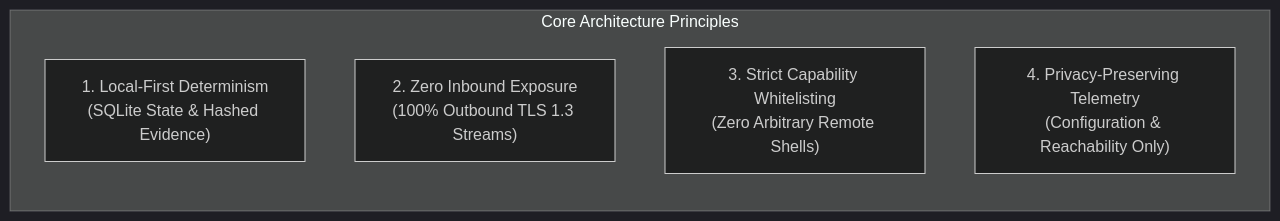
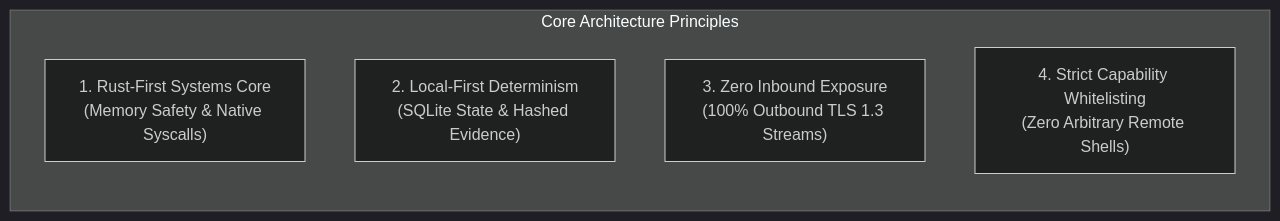
The first of 10 diagrams in docs/ARCHITECTURE.md (Subhadip-Paul2006/NETRA-Backend), drawn with Mermaid (dark theme) before and after one commit. The commit also changed other lines of this file and 13 other files, not shown here.

Commit message:
docs: finalize Rust-first systems architecture lock across all 16 specifications

````diff
--- a/docs/ARCHITECTURE.md
+++ b/docs/ARCHITECTURE.md
@@ -36,9 +37,9 @@
 ```mermaid
 flowchart LR
     subgraph Principles["Core Architecture Principles"]
-        P1["1. Local-First Determinism<br/>(SQLite State & Hashed Evidence)"]
-        P2["2. Zero Inbound Exposure<br/>(100% Outbound TLS 1.3 Streams)"]
-        P3["3. Strict Capability Whitelisting<br/>(Zero Arbitrary Remote Shells)"]
-        P4["4. Privacy-Preserving Telemetry<br/>(Configuration & Reachability Only)"]
+        P1["1. Rust-First Systems Core<br/>(Memory Safety & Native Syscalls)"]
+        P2["2. Local-First Determinism<br/>(SQLite State & Hashed Evidence)"]
+        P3["3. Zero Inbound Exposure<br/>(100% Outbound TLS 1.3 Streams)"]
+        P4["4. Strict Capability Whitelisting<br/>(Zero Arbitrary Remote Shells)"]
     end
 ```
````
